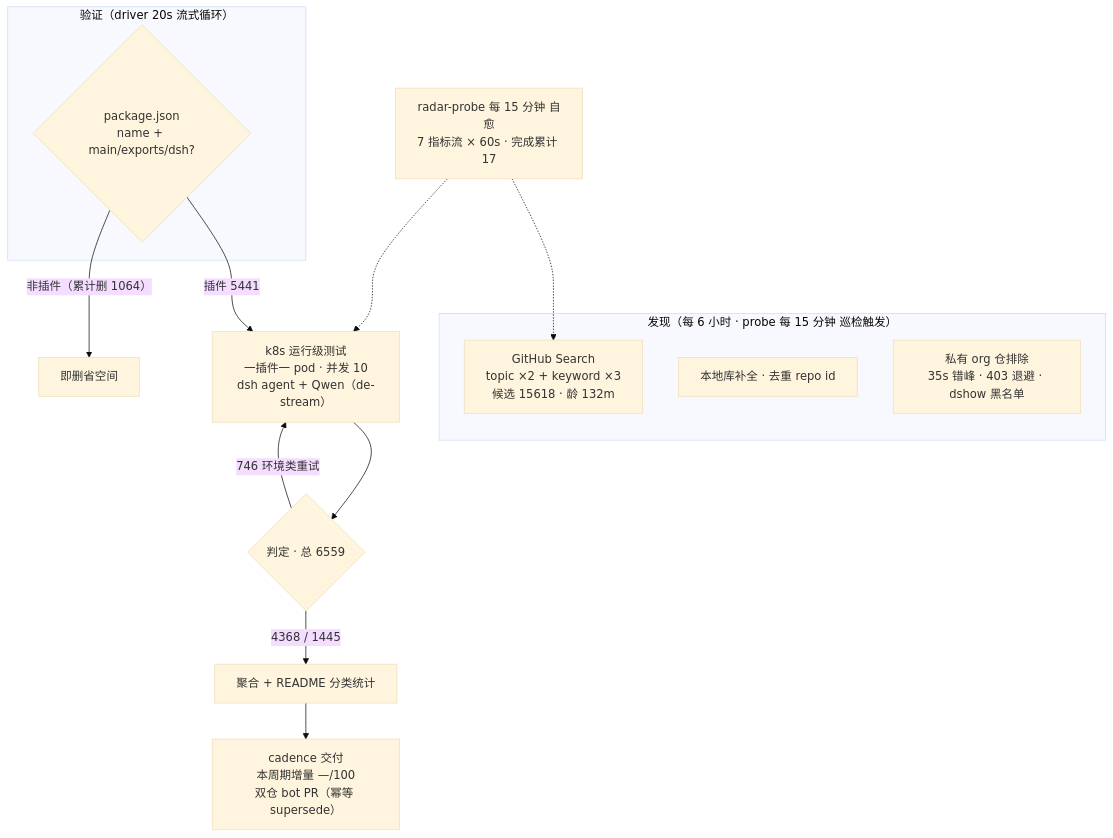
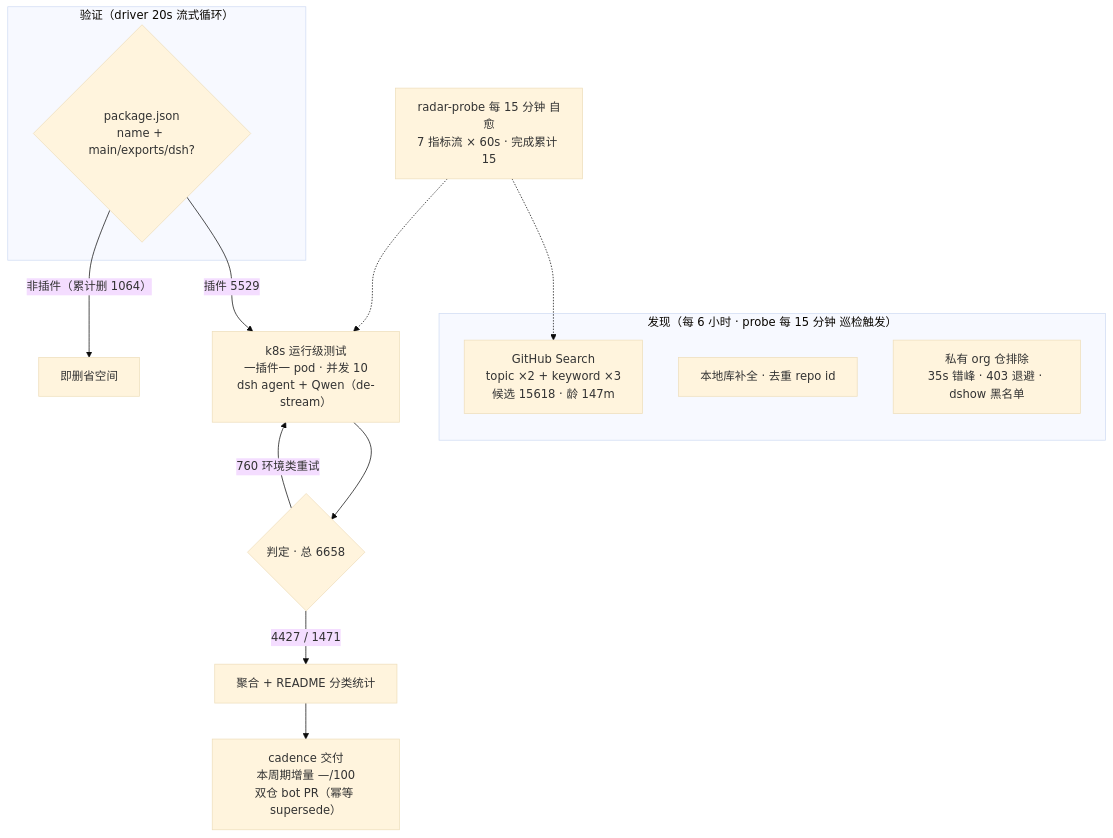
One commit to Zhidao-Lab-OSS/awesome-dsh-plugins changed the diagram in README.md. Above: the diagram before and after it, drawn with Mermaid (base theme). The commit also changed other lines of this file and 1 other file, not shown here.

````diff
--- a/README.md
+++ b/README.md
@@ -37,20 +37,20 @@
 ```mermaid
 flowchart TB
     subgraph Discovery["发现（每 6 小时 · probe 每 15 分钟 巡检触发）"]
-        A1["GitHub Search<br/>topic ×2 + keyword ×3<br/>候选 15618 · 龄 132m"]
+        A1["GitHub Search<br/>topic ×2 + keyword ×3<br/>候选 15618 · 龄 147m"]
         A2["本地库补全 · 去重 repo id"]
         A3["私有 org 仓排除<br/>35s 错峰 · 403 退避 · dshow 黑名单"]
     end
     subgraph Validation["验证（driver 20s 流式循环）"]
         B1{"package.json<br/>name + main/exports/dsh?"}
     end
-    B1 -->|"插件 5441"| C1["k8s 运行级测试<br/>一插件一 pod · 并发 10<br/>dsh agent + Qwen（de-stream）"]
+    B1 -->|"插件 5529"| C1["k8s 运行级测试<br/>一插件一 pod · 并发 10<br/>dsh agent + Qwen（de-stream）"]
     B1 -->|"非插件（累计删 1064）"| B3["即删省空间"]
-    C1 --> D1{"判定 · 总 6559"}
-    D1 -->|"4368 / 1445"| E1["聚合 + README 分类统计"]
-    D1 -->|"746 环境类重试"| C1
+    C1 --> D1{"判定 · 总 6658"}
+    D1 -->|"4427 / 1471"| E1["聚合 + README 分类统计"]
+    D1 -->|"760 环境类重试"| C1
     E1 --> E2["cadence 交付<br/>本周期增量 —/100<br/>双仓 bot PR（幂等 supersede）"]
-    M["radar-probe 每 15 分钟 自愈<br/>7 指标流 × 60s · 完成累计 17"]
+    M["radar-probe 每 15 分钟 自愈<br/>7 指标流 × 60s · 完成累计 15"]
     M -.-> A1
     M -.-> C1
 ```
````
